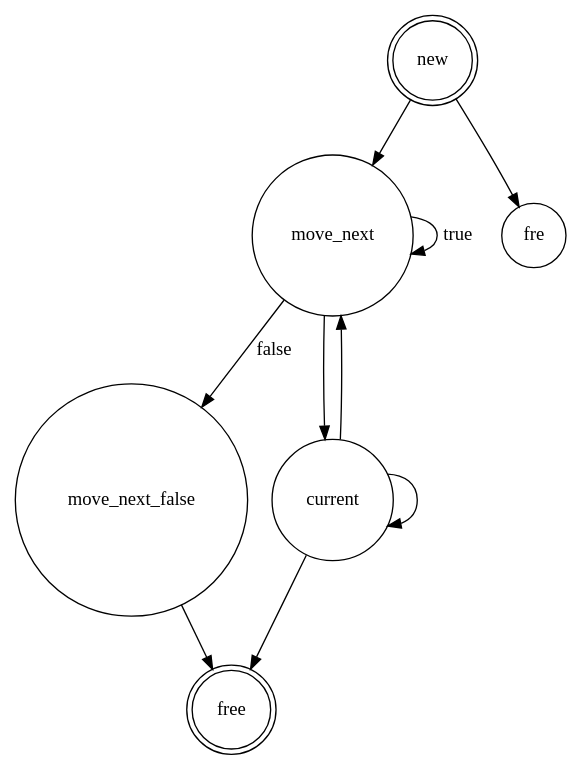
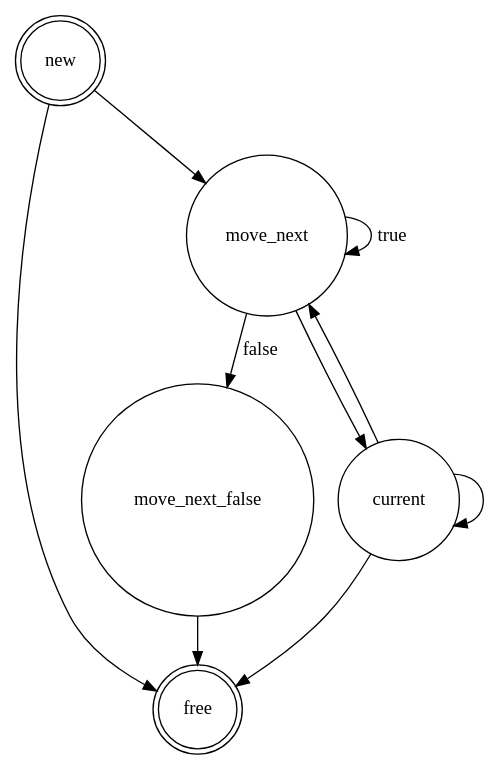
Before and after one commit to bdkoepke/alib: the diagram in src/util/iterator.dot, drawn with Graphviz. The commit also changed 113 other files, not shown here.

```diff
--- a/src/util/iterator.dot
+++ b/src/util/iterator.dot
@@ -1,16 +1,16 @@
 digraph iterator {
   node[shape = doublecircle] new, free;
   node[shape = circle];
   new->move_next;
-  new->fre;
+  new->free;
 
   move_next->move_next[label = "true"];
   move_next->move_next_false[label = "false"];
   move_next->current;
 
   move_next_false->free;
 
   current->free;
   current->current;
   current->move_next;
 }
```
